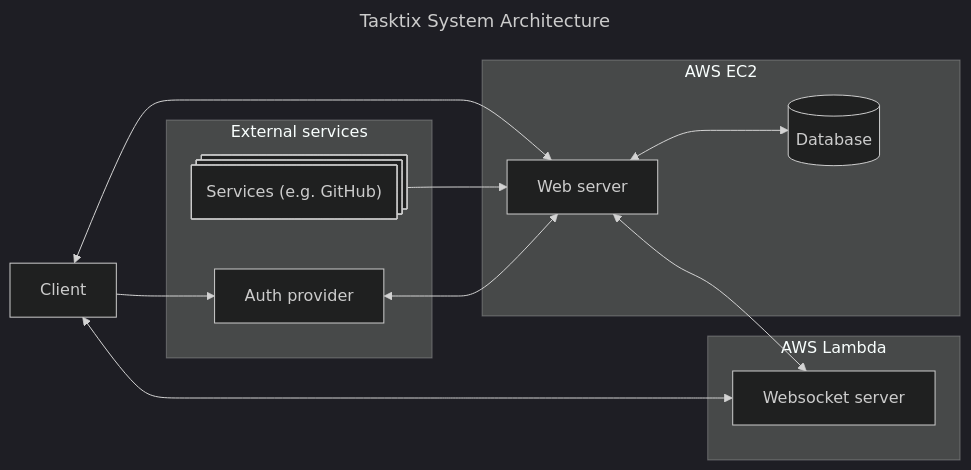
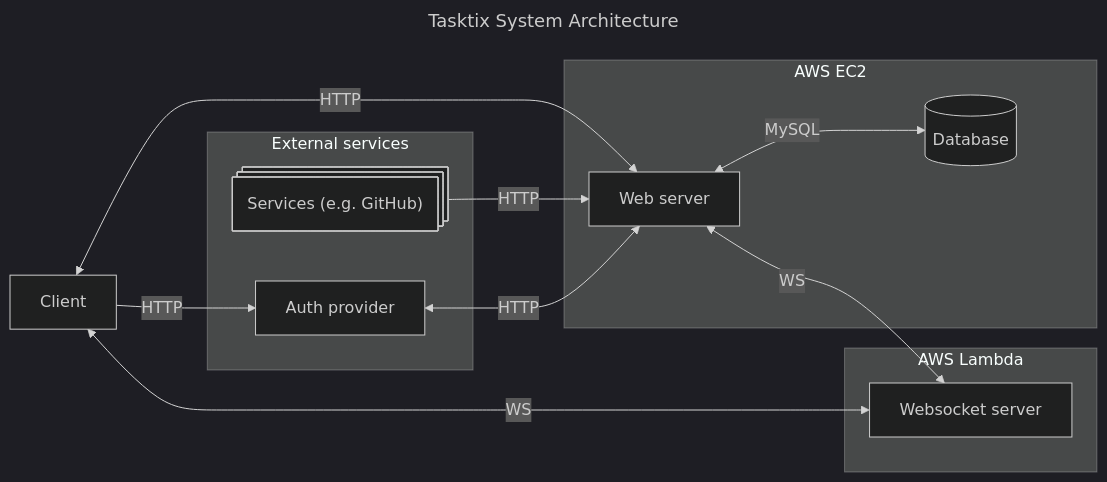
The first of 3 diagrams in docs/architecture.md (Tasktix/Tasktix), drawn with Mermaid (dark theme) before and after one commit. The commit also changed other lines of this file, not shown here.

Commit message:
Update architecture diagrams and add context

````diff
--- a/docs/architecture.md
+++ b/docs/architecture.md
@@ -1,28 +6,28 @@
 ```mermaid
 ---
 title: Tasktix System Architecture
 ---
 flowchart LR
   c[Client]
   subgraph AWS EC2
 
     s[Web server]
 
     d@{shape: cyl, label: Database}
 
   end
   subgraph AWS Lambda
     w[Websocket server]
   end
 
   subgraph External services
     g@{shape: processes, label: Services (e.g. GitHub)}
     a[Auth provider]
   end
 
-  c <--> s <--> d
-  s <--> w <--> c
-  g --> s
-  c --> a
-  a <--> s
+  c <-->|HTTP| s <-->|MySQL| d
+  s <-->|WS| w <-->|WS| c
+  g -->|HTTP| s
+  c -->|HTTP| a
+  a <-->|HTTP| s
 ```
````
